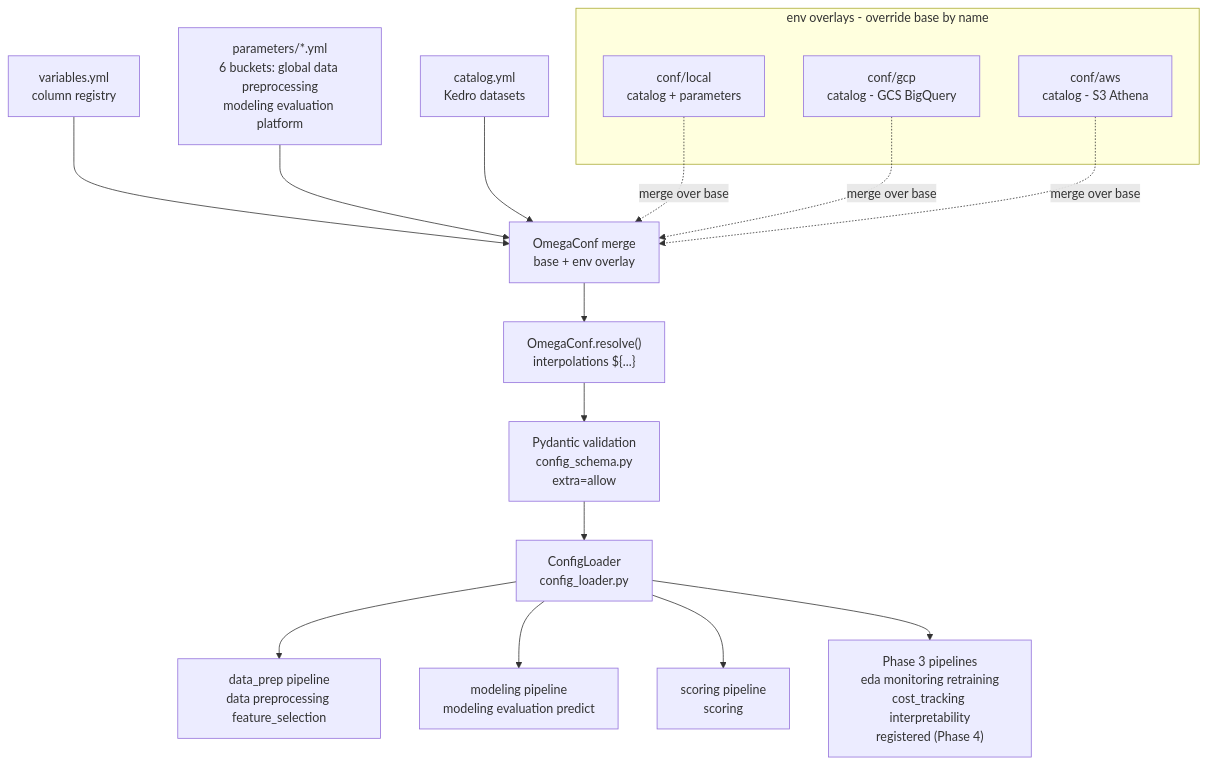
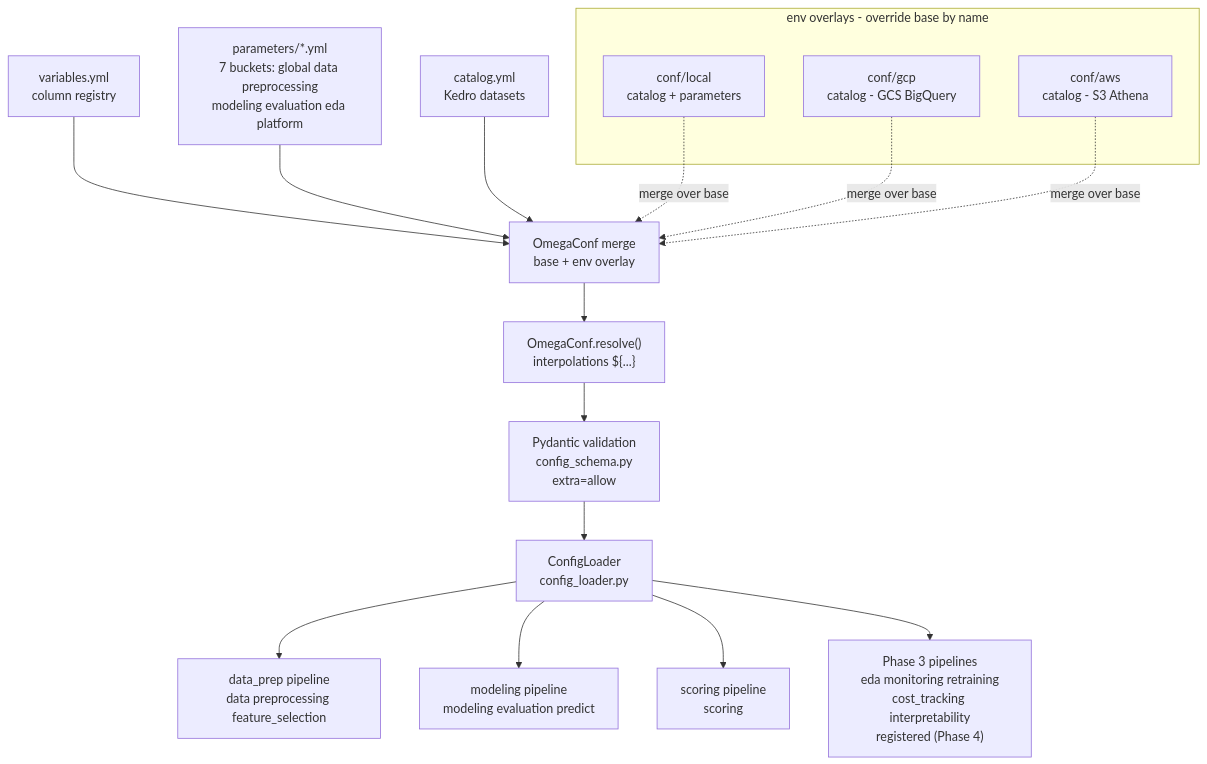
Before and after one commit to ankithaldar/all_projects: the fourth of 6 diagrams in forecast_ml_framework/README.md, drawn with Mermaid. The commit also changed other lines of this file and 40 other files, not shown here.

````diff
--- a/forecast_ml_framework/README.md
+++ b/forecast_ml_framework/README.md
@@ -677,21 +682,21 @@
 ```mermaid
 flowchart TD
   V["variables.yml<br/>column registry"] --> OC["OmegaConf merge<br/>base + env overlay"]
-  P["parameters/*.yml<br/>6 buckets: global data preprocessing<br/>modeling evaluation platform"] --> OC
+  P["parameters/*.yml<br/>7 buckets: global data preprocessing<br/>modeling evaluation eda platform"] --> OC
   C["catalog.yml<br/>Kedro datasets"] --> OC
   OC --> RES["OmegaConf.resolve()<br/>interpolations ${...}"]
   RES --> PM["Pydantic validation<br/>config_schema.py<br/>extra=allow"]
   PM --> CL["ConfigLoader<br/>config_loader.py"]
   CL --> DP["data_prep pipeline<br/>data preprocessing feature_selection"]
   CL --> MP["modeling pipeline<br/>modeling evaluation predict"]
   CL --> SC["scoring pipeline<br/>scoring"]
   CL --> P3["Phase 3 pipelines<br/>eda monitoring retraining<br/>cost_tracking interpretability<br/>registered (Phase 4)"]
   subgraph ENV["env overlays - override base by name"]
     L["conf/local<br/>catalog + parameters"]
     G["conf/gcp<br/>catalog - GCS BigQuery"]
     A["conf/aws<br/>catalog - S3 Athena"]
   end
   L -. "merge over base" .-> OC
   G -. "merge over base" .-> OC
   A -. "merge over base" .-> OC
 ```
````
